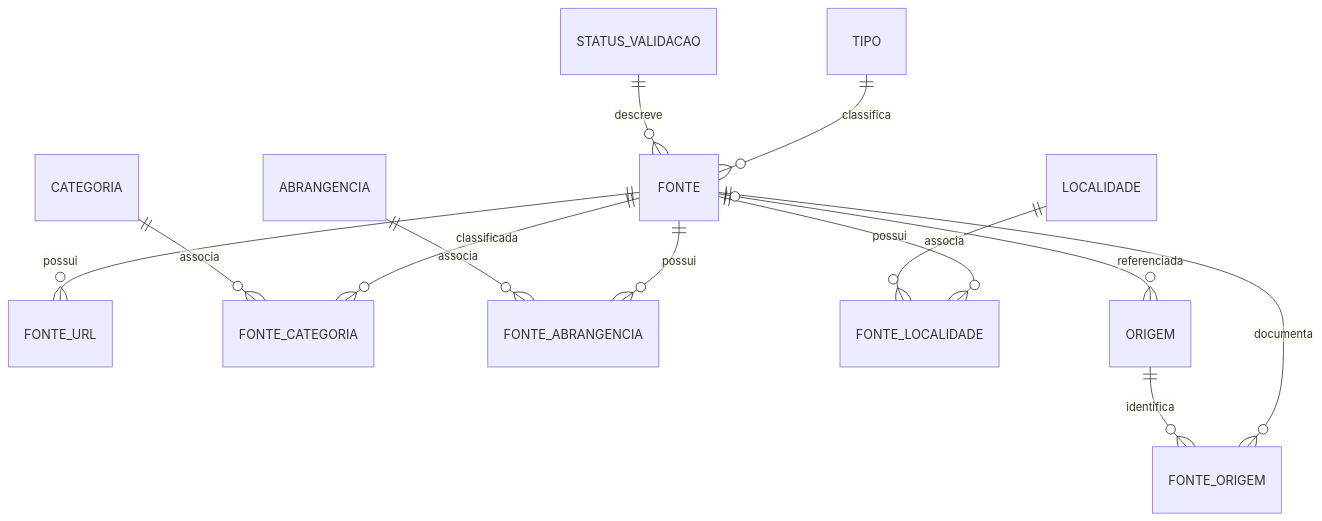
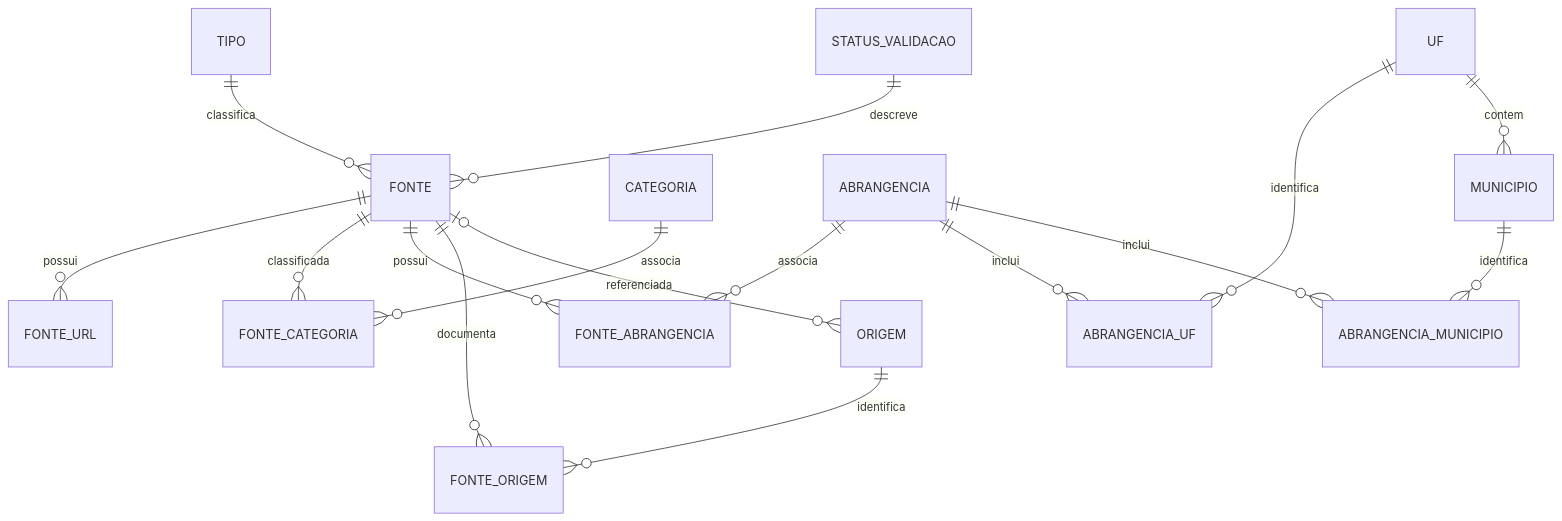
One commit to Rondoscopio/fontes-publicas changed the diagram in docs/catalogo-relacional.md. Above: the diagram before and after it, drawn with Mermaid. The commit also changed other lines of this file and 15 other files, not shown here.

````diff
--- a/docs/catalogo-relacional.md
+++ b/docs/catalogo-relacional.md
@@ -29,15 +60,18 @@
 ```mermaid
 erDiagram
     FONTE ||--o{ FONTE_URL : possui
     FONTE ||--o{ FONTE_CATEGORIA : classificada
     CATEGORIA ||--o{ FONTE_CATEGORIA : associa
     TIPO ||--o{ FONTE : classifica
     STATUS_VALIDACAO ||--o{ FONTE : descreve
     FONTE ||--o{ FONTE_ABRANGENCIA : possui
     ABRANGENCIA ||--o{ FONTE_ABRANGENCIA : associa
-    FONTE ||--o{ FONTE_LOCALIDADE : possui
-    LOCALIDADE ||--o{ FONTE_LOCALIDADE : associa
+    ABRANGENCIA ||--o{ ABRANGENCIA_UF : inclui
+    UF ||--o{ ABRANGENCIA_UF : identifica
+    ABRANGENCIA ||--o{ ABRANGENCIA_MUNICIPIO : inclui
+    MUNICIPIO ||--o{ ABRANGENCIA_MUNICIPIO : identifica
+    UF ||--o{ MUNICIPIO : contem
     FONTE ||--o{ FONTE_ORIGEM : documenta
     ORIGEM ||--o{ FONTE_ORIGEM : identifica
     FONTE o|--o{ ORIGEM : referenciada
 ```
````
